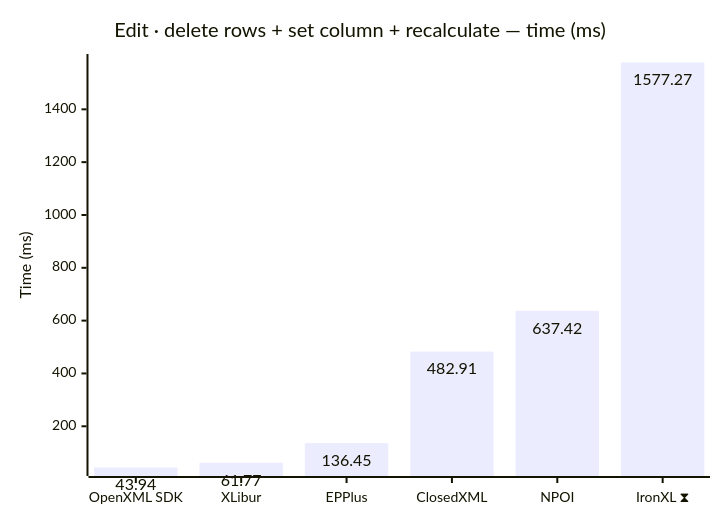
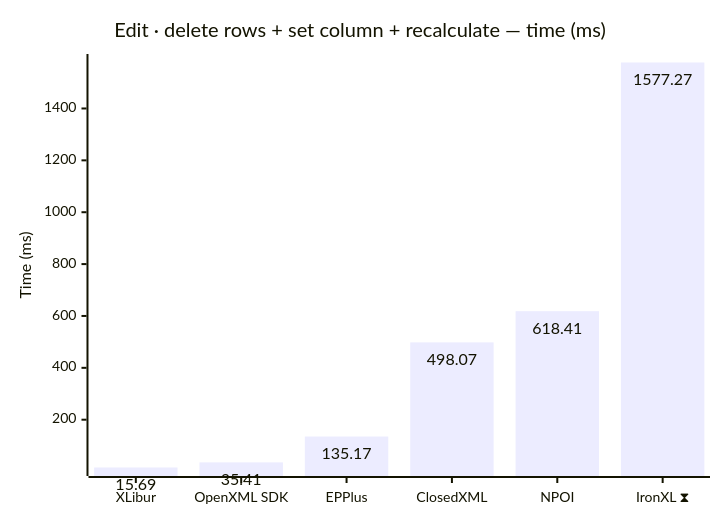
One commit to jafin/XLBench changed the ninth of 12 diagrams in docs/results-ci.md. Above: the diagram before and after it, drawn with Mermaid. The commit also changed other lines of this file, not shown here.

````diff
--- a/docs/results-ci.md
+++ b/docs/results-ci.md
@@ -145,12 +145,12 @@
 ```mermaid
 ---
 config:
   xyChart:
     showDataLabel: true
 ---
 xychart-beta
     title "Edit · delete rows + set column + recalculate — time (ms)"
-    x-axis ["OpenXML SDK", "XLibur", "EPPlus", "ClosedXML", "NPOI", "IronXL ⧗"]
+    x-axis ["XLibur", "OpenXML SDK", "EPPlus", "ClosedXML", "NPOI", "IronXL ⧗"]
     y-axis "Time (ms)"
-    bar [43.94, 61.77, 136.45, 482.91, 637.42, 1577.27]
+    bar [15.69, 35.41, 135.17, 498.07, 618.41, 1577.27]
 ```
````
